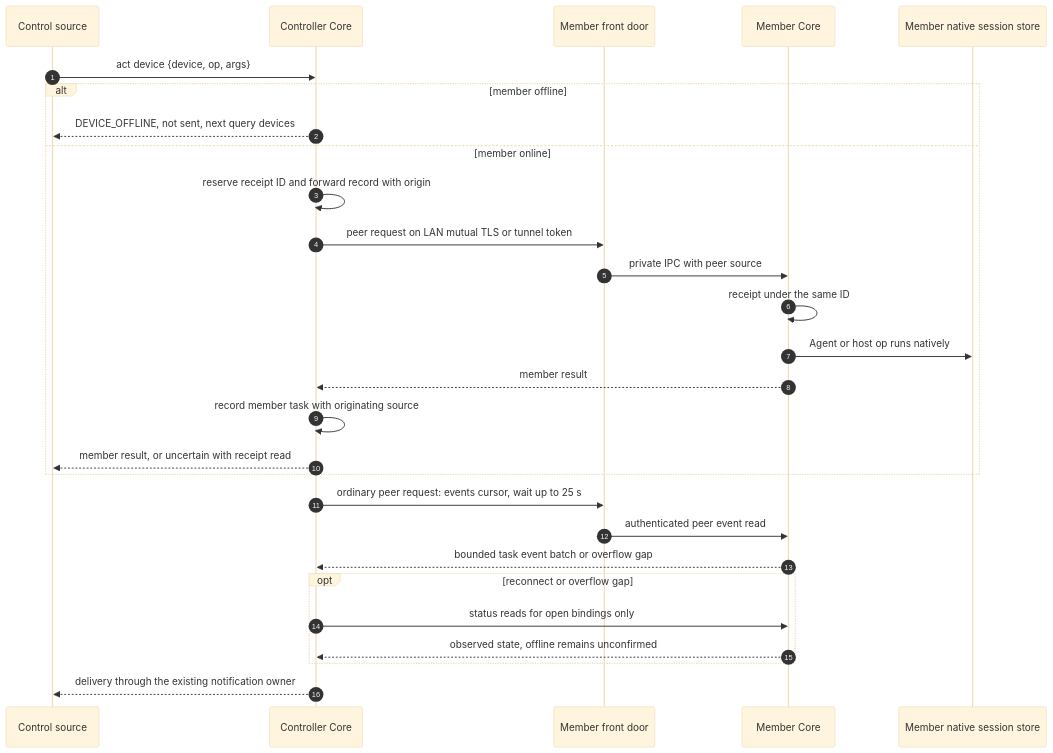
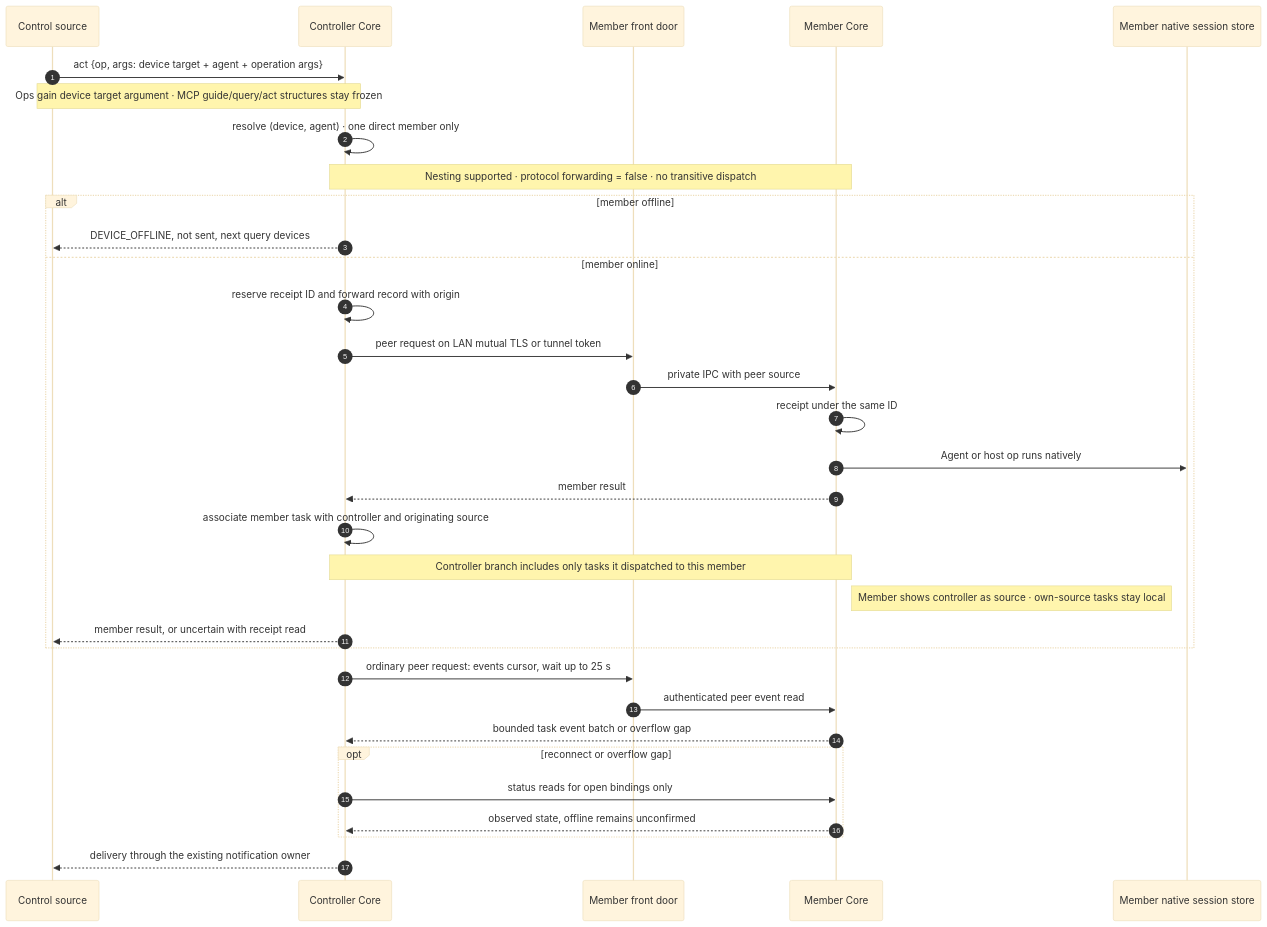
Before and after one commit to whzxc/agent-remote-control: the diagram in arch/mechanisms/device-forward.mmd, drawn with Mermaid (base theme). The commit also changed 14 other files, not shown here.

```diff
--- a/arch/mechanisms/device-forward.mmd
+++ b/arch/mechanisms/device-forward.mmd
@@ -1,30 +1,35 @@
 %% Device forward (layer 2): one control-source write forwarded from the controller to a member.
 %% Index and code mapping: docs/dev/arch-assets.md
 sequenceDiagram
   autonumber
   participant S as Control source
   participant C as Controller Core
   participant M as Member front door
   participant R as Member Core
   participant N as Member native session store
-  S->>C: act device {device, op, args}
+  S->>C: act {op, args: device target + agent + operation args}
+  Note over S,C: Ops gain device target argument · MCP guide/query/act structures stay frozen
+  C->>C: resolve (device, agent) · one direct member only
+  Note over C,R: Nesting supported · protocol forwarding = false · no transitive dispatch
   alt member offline
     C-->>S: DEVICE_OFFLINE, not sent, next query devices
   else member online
     C->>C: reserve receipt ID and forward record with origin
     C->>M: peer request on LAN mutual TLS or tunnel token
     M->>R: private IPC with peer source
     R->>R: receipt under the same ID
     R->>N: Agent or host op runs natively
     R-->>C: member result
-    C->>C: record member task with originating source
+    C->>C: associate member task with controller and originating source
+    Note over C,R: Controller branch includes only tasks it dispatched to this member
+    Note right of R: Member shows controller as source · own-source tasks stay local
     C-->>S: member result, or uncertain with receipt read
   end
   C->>M: ordinary peer request: events cursor, wait up to 25 s
   M->>R: authenticated peer event read
   R-->>C: bounded task event batch or overflow gap
   opt reconnect or overflow gap
     C->>R: status reads for open bindings only
     R-->>C: observed state, offline remains unconfirmed
   end
   C-->>S: delivery through the existing notification owner
```
